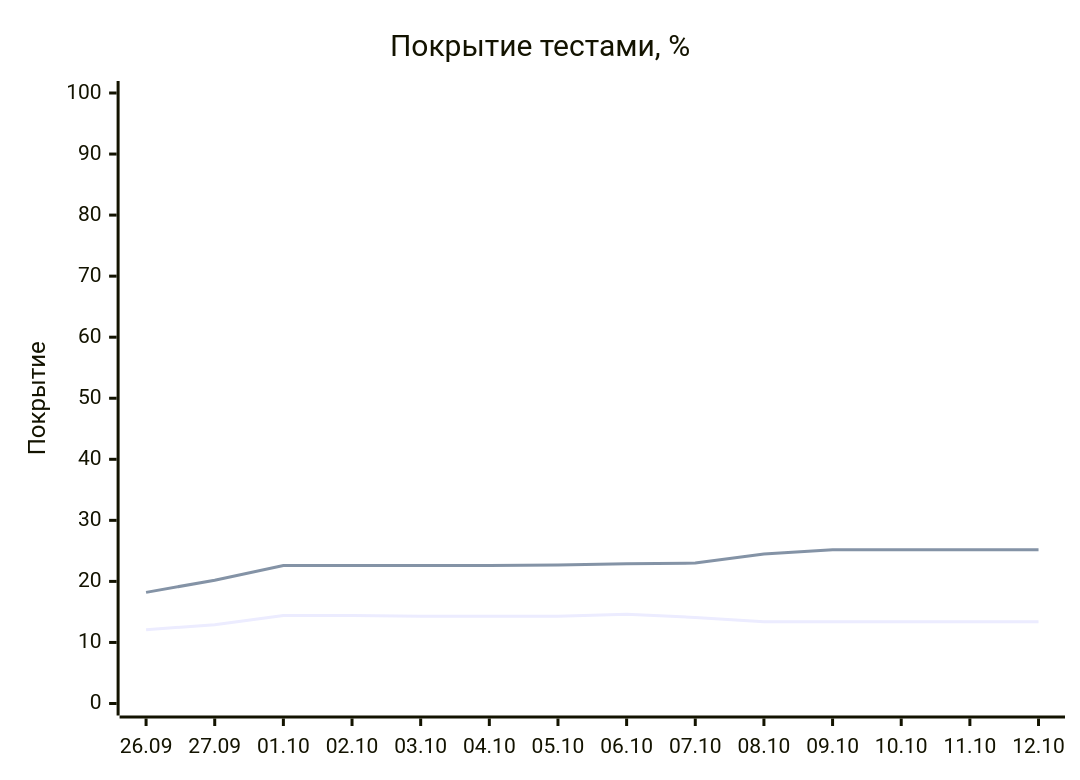
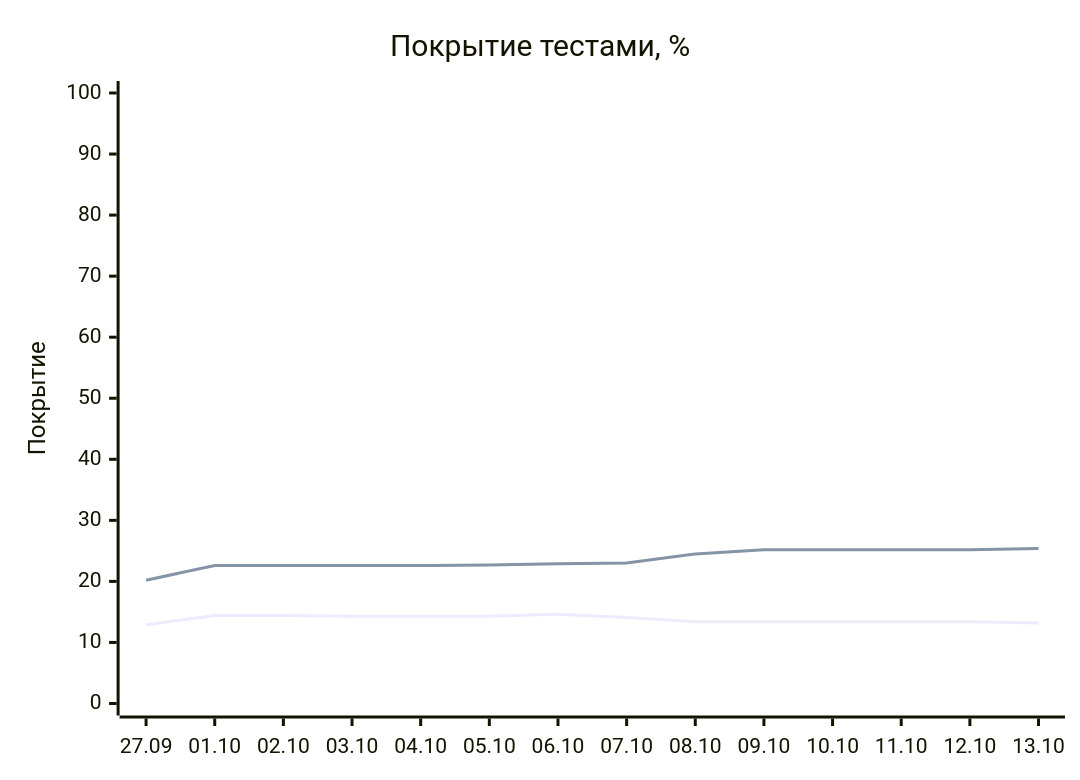
Before and after one commit to EvgeniBondarev/coverage-report: the diagram in README.md, drawn with Mermaid. The commit also changed other lines of this file and 3022 other files, not shown here.

````diff
--- a/README.md
+++ b/README.md
@@ -19,8 +19,8 @@
 ```mermaid
 xychart-beta
     title "Покрытие тестами, %"
-    x-axis ["26.09", "27.09", "01.10", "02.10", "03.10", "04.10", "05.10", "06.10", "07.10", "08.10", "09.10", "10.10", "11.10", "12.10"]
+    x-axis ["27.09", "01.10", "02.10", "03.10", "04.10", "05.10", "06.10", "07.10", "08.10", "09.10", "10.10", "11.10", "12.10", "13.10"]
     y-axis "Покрытие" 0 --> 100
-    line [12.1, 12.9, 14.4, 14.4, 14.3, 14.3, 14.3, 14.6, 14.1, 13.4, 13.4, 13.4, 13.4, 13.4]
-    line [18.2, 20.2, 22.6, 22.6, 22.6, 22.6, 22.7, 22.9, 23, 24.5, 25.2, 25.2, 25.2, 25.2]
+    line [12.9, 14.4, 14.4, 14.3, 14.3, 14.3, 14.6, 14.1, 13.4, 13.4, 13.4, 13.4, 13.4, 13.2]
+    line [20.2, 22.6, 22.6, 22.6, 22.6, 22.7, 22.9, 23, 24.5, 25.2, 25.2, 25.2, 25.2, 25.4]
 ```
````
